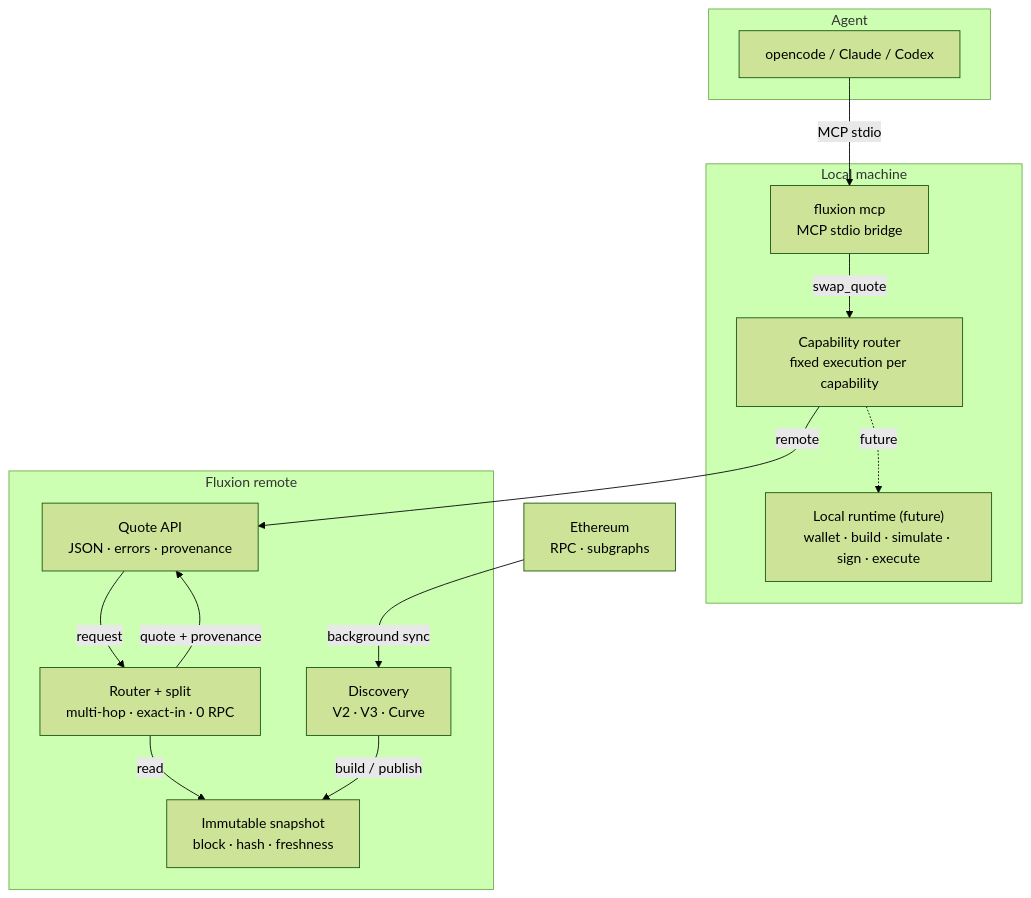
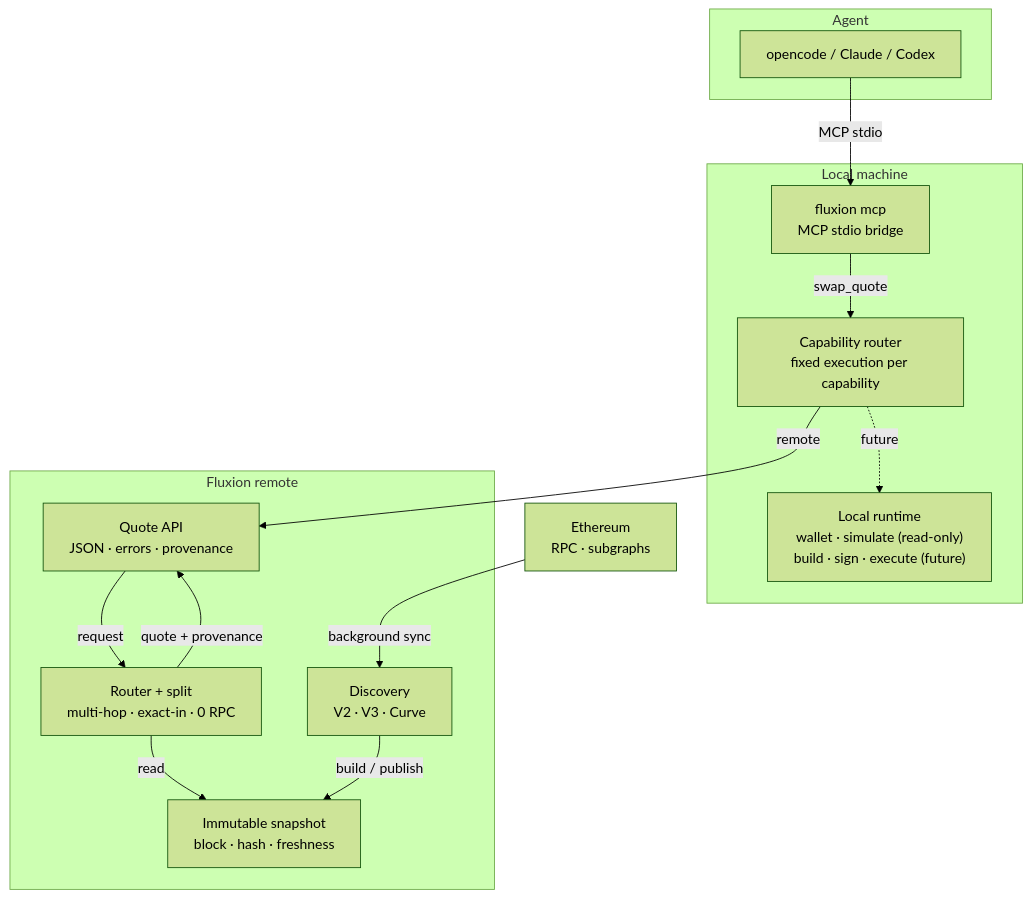
Before and after one commit to ZhangPeibin/Fluxion: the diagram in README.en.md, drawn with Mermaid (forest theme). The commit also changed other lines of this file and 1 other file, not shown here.

````diff
--- a/README.en.md
+++ b/README.en.md
@@ -50,31 +50,31 @@
 ```mermaid
 flowchart TB
     subgraph Agent["Agent"]
         A["opencode / Claude / Codex"]
     end
 
     subgraph Local["Local machine"]
         M["fluxion mcp<br/>MCP stdio bridge"]
         R["Capability router<br/>fixed execution per capability"]
-        L["Local runtime (future)<br/>wallet · build · simulate · sign · execute"]
+        L["Local runtime<br/>wallet · simulate (read-only)<br/>build · sign · execute (future)"]
     end
 
     subgraph Remote["Fluxion remote"]
         API["Quote API<br/>JSON · errors · provenance"]
         Engine["Router + split<br/>multi-hop · exact-in · 0 RPC"]
         Snapshot["Immutable snapshot<br/>block · hash · freshness"]
         Discovery["Discovery<br/>V2 · V3 · Curve"]
     end
 
     Chain["Ethereum<br/>RPC · subgraphs"]
 
     A -->|MCP stdio| M
     M -->|swap_quote| R
     R -->|remote| API
     API -->|request| Engine
     Engine -->|read| Snapshot
     Engine -->|quote + provenance| API
     Discovery -->|build / publish| Snapshot
     Chain -->|background sync| Discovery
     R -.->|future| L
 ```
````
